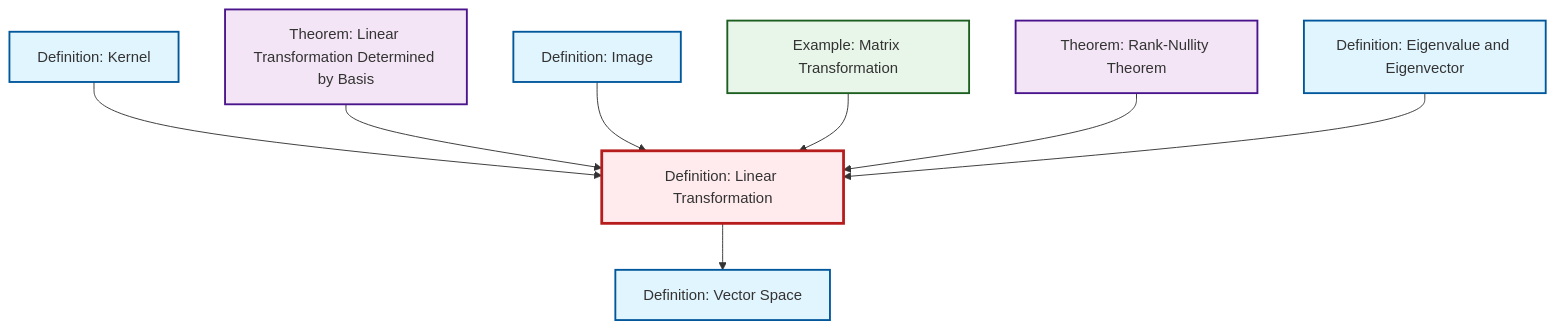
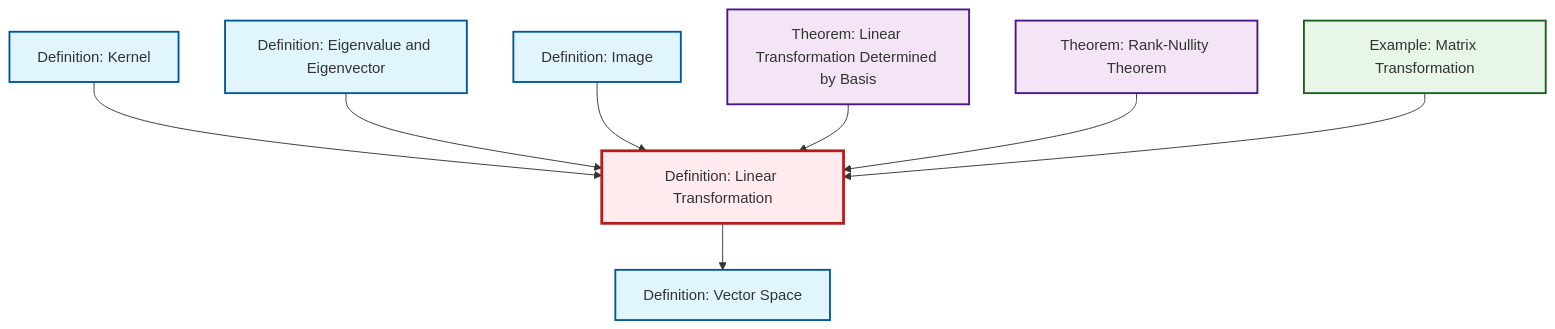
One commit to RK0429/ModernMath changed the diagram in content/ja/algebra/def-linear-transformation.qmd. Above: the diagram before and after it, drawn with Mermaid. The commit also changed other lines of this file and 491 other files, not shown here.

````diff
--- a/content/ja/algebra/def-linear-transformation.qmd
+++ b/content/ja/algebra/def-linear-transformation.qmd
@@ -46,32 +46,32 @@
 ```{mermaid}
 %%| fig-cap: "Local dependency graph"
 graph TD
     classDef definition fill:#e1f5fe,stroke:#01579b,stroke-width:2px
     classDef theorem fill:#f3e5f5,stroke:#4a148c,stroke-width:2px
     classDef axiom fill:#fff3e0,stroke:#e65100,stroke-width:2px
     classDef example fill:#e8f5e9,stroke:#1b5e20,stroke-width:2px
     classDef current fill:#ffebee,stroke:#b71c1c,stroke-width:3px
+    def-eigenvalue-eigenvector["Definition: Eigenvalue and Eigenvector"]:::definition
+    def-kernel["Definition: Kernel"]:::definition
     def-linear-transformation["Definition: Linear Transformation"]:::definition
+    def-vector-space["Definition: Vector Space"]:::definition
+    thm-rank-nullity["Theorem: Rank-Nullity Theorem"]:::theorem
+    thm-linear-transformation-basis["Theorem: Linear Transformation Determined by Basis"]:::theorem
     def-image["Definition: Image"]:::definition
-    def-kernel["Definition: Kernel"]:::definition
-    thm-linear-transformation-basis["Theorem: Linear Transformation Determined by Basis"]:::theorem
     ex-matrix-transformation["Example: Matrix Transformation"]:::example
-    thm-rank-nullity["Theorem: Rank-Nullity Theorem"]:::theorem
-    def-eigenvalue-eigenvector["Definition: Eigenvalue and Eigenvector"]:::definition
-    def-vector-space["Definition: Vector Space"]:::definition
+    def-kernel --> def-linear-transformation
+    def-eigenvalue-eigenvector --> def-linear-transformation
+    def-image --> def-linear-transformation
+    thm-linear-transformation-basis --> def-linear-transformation
+    thm-rank-nullity --> def-linear-transformation
+    ex-matrix-transformation --> def-linear-transformation
     def-linear-transformation --> def-vector-space
-    def-kernel --> def-linear-transformation
-    thm-linear-transformation-basis --> def-linear-transformation
-    def-image --> def-linear-transformation
-    ex-matrix-transformation --> def-linear-transformation
-    thm-rank-nullity --> def-linear-transformation
-    def-eigenvalue-eigenvector --> def-linear-transformation
     class def-linear-transformation current
+    click def-eigenvalue-eigenvector "def-eigenvalue-eigenvector.html" "Definition: Eigenvalue and Eigenvectorへ"
+    click def-kernel "def-kernel.html" "Definition: Kernelへ"
+    click def-vector-space "def-vector-space.html" "Definition: Vector Spaceへ"
+    click thm-rank-nullity "thm-rank-nullity.html" "Theorem: Rank-Nullity Theoremへ"
+    click thm-linear-transformation-basis "thm-linear-transformation-basis.html" "Theorem: Linear Transformation Determined by Basisへ"
     click def-image "def-image.html" "Definition: Imageへ"
-    click def-kernel "def-kernel.html" "Definition: Kernelへ"
-    click thm-linear-transformation-basis "thm-linear-transformation-basis.html" "Theorem: Linear Transformation Determined by Basisへ"
     click ex-matrix-transformation "ex-matrix-transformation.html" "Example: Matrix Transformationへ"
-    click thm-rank-nullity "thm-rank-nullity.html" "Theorem: Rank-Nullity Theoremへ"
-    click def-eigenvalue-eigenvector "def-eigenvalue-eigenvector.html" "Definition: Eigenvalue and Eigenvectorへ"
-    click def-vector-space "def-vector-space.html" "Definition: Vector Spaceへ"
 ```
````
